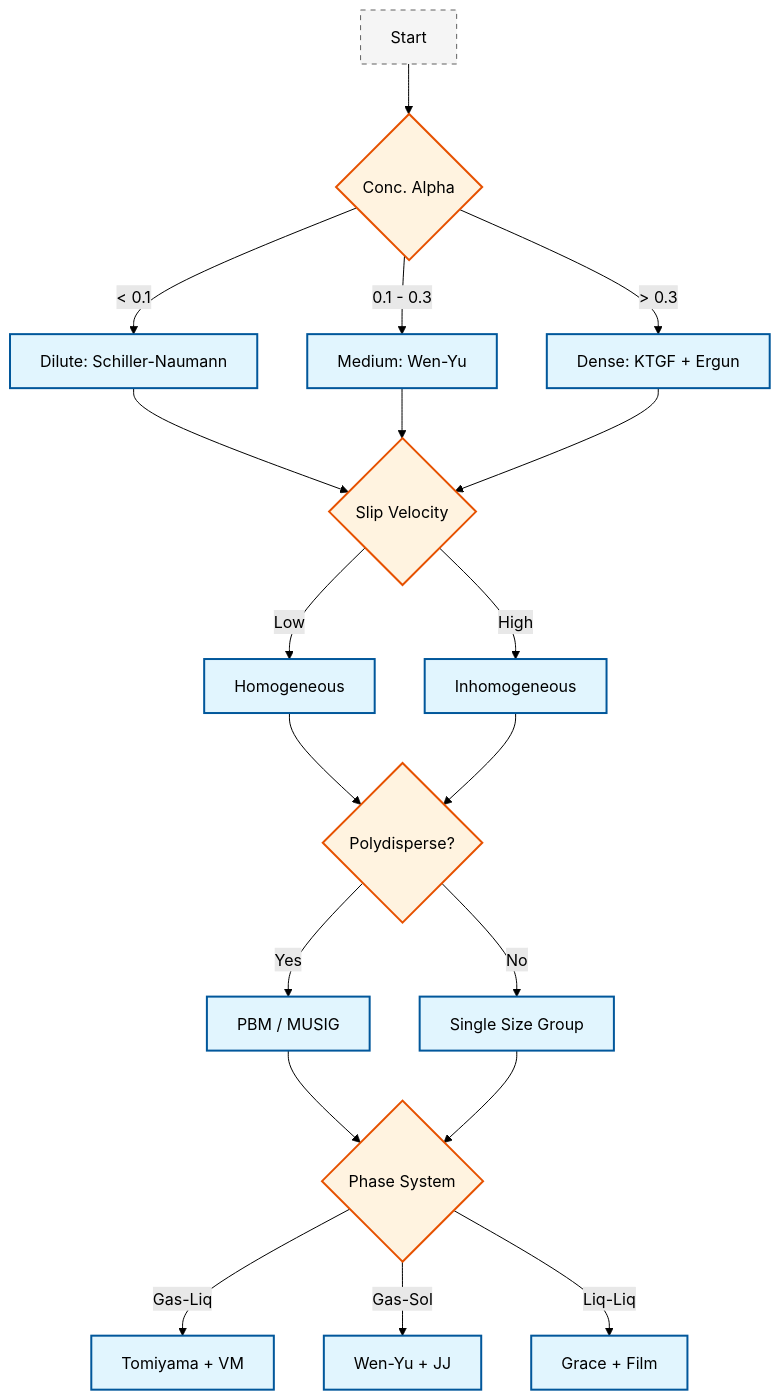
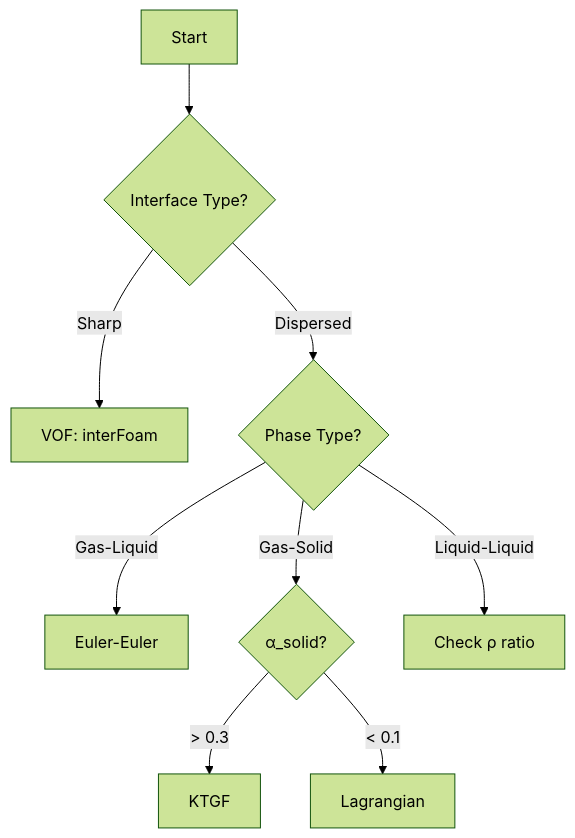
One commit to wramet/build-my-cfd changed the diagram in MODULE_04_MULTIPHASE_FUNDAMENTALS/CONTENT/05_MODEL_SELECTION/00_Overview.md. Above: the diagram before and after it, drawn with Mermaid (forest theme). The commit also changed other lines of this file and 384 other files, not shown here.

````diff
--- a/MODULE_04_MULTIPHASE_FUNDAMENTALS/CONTENT/05_MODEL_SELECTION/00_Overview.md
+++ b/MODULE_04_MULTIPHASE_FUNDAMENTALS/CONTENT/05_MODEL_SELECTION/00_Overview.md
@@ -281,21 +9,11 @@
 ```mermaid
 flowchart TD
-classDef implicit fill:#e1f5fe,stroke:#01579b,stroke-width:2px,color:#000
-classDef explicit fill:#fff3e0,stroke:#e65100,stroke-width:2px,color:#000
-classDef context fill:#f5f5f5,stroke:#616161,stroke-width:1px,color:#000,stroke-dasharray: 5 5
-A[Start]:::context --> B{Conc. Alpha}:::explicit
-B -->|< 0.1| C[Dilute: Schiller-Naumann]:::implicit
-B -->|> 0.3| D[Dense: KTGF + Ergun]:::implicit
-B -->|0.1 - 0.3| E[Medium: Wen-Yu]:::implicit
-C & E --> F{Slip Velocity}:::explicit
-D --> F
-F -->|Low| G[Homogeneous]:::implicit
-F -->|High| H[Inhomogeneous]:::implicit
-G & H --> I{Polydisperse?}:::explicit
-I -->|Yes| J[PBM / MUSIG]:::implicit
-I -->|No| K[Single Size Group]:::implicit
-J & K --> L{Phase System}:::explicit
-L -->|Gas-Liq| M[Tomiyama + VM]:::implicit
-L -->|Gas-Sol| N[Wen-Yu + JJ]:::implicit
-L -->|Liq-Liq| O[Grace + Film]:::implicit
+    A[Start] --> B{Interface Type?}
+    B -->|Sharp| C[VOF: interFoam]
+    B -->|Dispersed| D{Phase Type?}
+    D -->|Gas-Liquid| E[Euler-Euler]
+    D -->|Gas-Solid| F{α_solid?}
+    D -->|Liquid-Liquid| G[Check ρ ratio]
+    F -->|> 0.3| H[KTGF]
+    F -->|< 0.1| I[Lagrangian]
 ```
````
